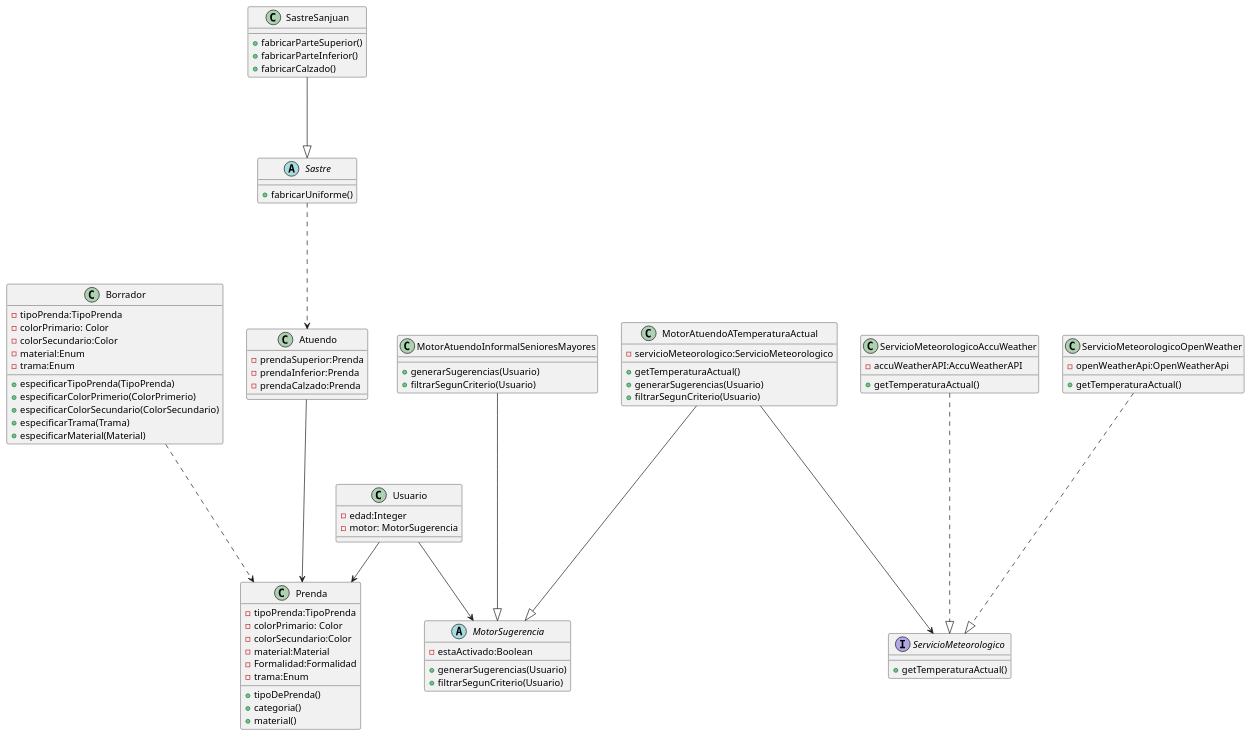
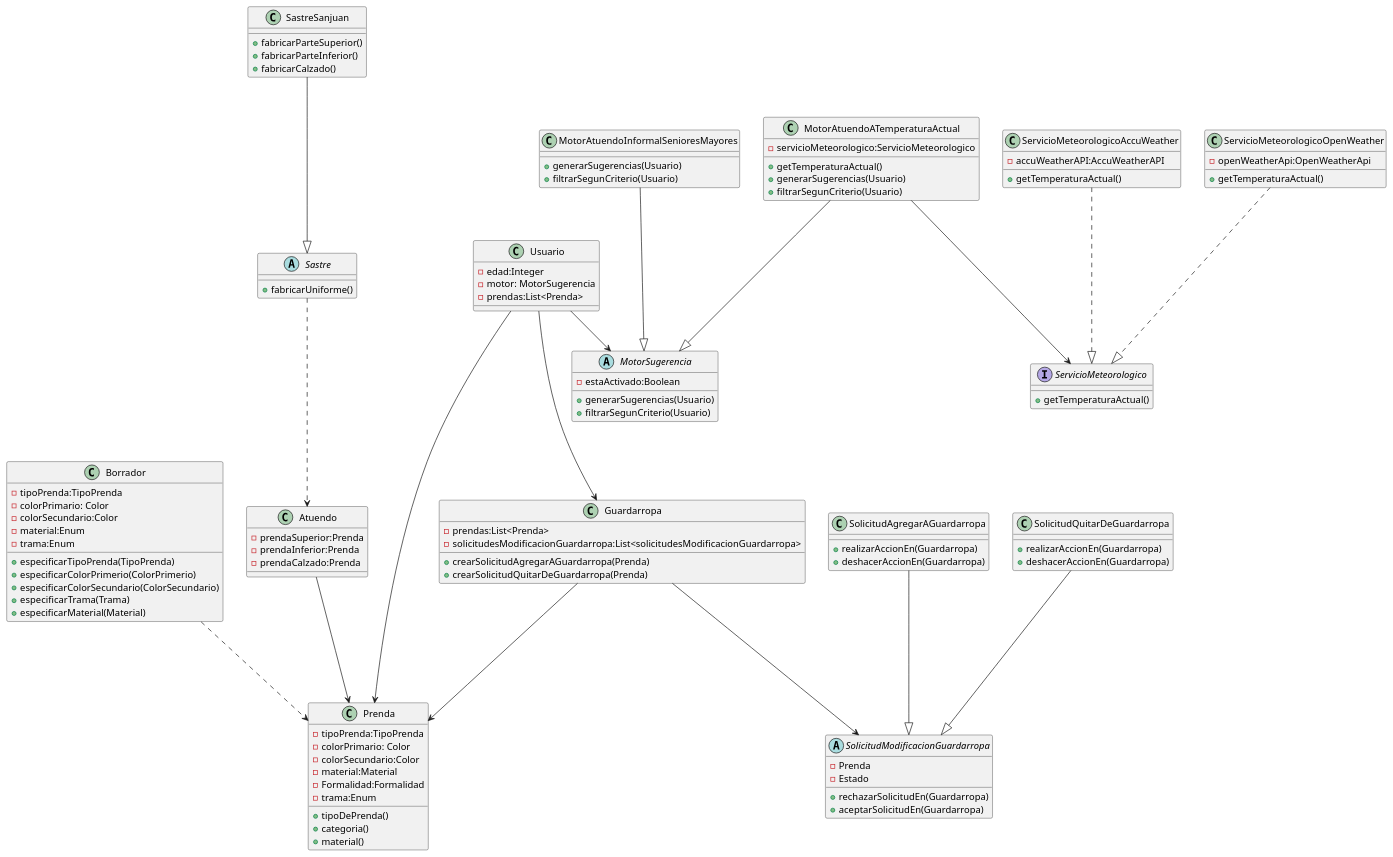
The diagram in src/main/java/ar/edu/utn/frba/dds/QMP.puml (LeandroFusetti/ejercicioQMP), drawn with PlantUML before and after one commit. The commit also changed 8 other files, not shown here.

```diff
--- a/src/main/java/ar/edu/utn/frba/dds/QMP.puml
+++ b/src/main/java/ar/edu/utn/frba/dds/QMP.puml
@@ -1,96 +1,126 @@
 @startuml
 'https://plantuml.com/sequence-diagram
 
 class Prenda{
     -tipoPrenda:TipoPrenda
     -colorPrimario: Color
     -colorSecundario:Color
     -material:Material
     -Formalidad:Formalidad
     -trama:Enum
     +tipoDePrenda()
     +categoria()
     +material()
 }
 
 class Borrador{
     -tipoPrenda:TipoPrenda
     -colorPrimario: Color
     -colorSecundario:Color
     -material:Enum
     -trama:Enum
     +especificarTipoPrenda(TipoPrenda)
     +especificarColorPrimerio(ColorPrimerio)
     +especificarColorSecundario(ColorSecundario)
     +especificarTrama(Trama)
     +especificarMaterial(Material)
 }
 
 abstract class Sastre{
 +fabricarUniforme()
 
 }
 
 class SastreSanjuan{
 +fabricarParteSuperior()
 +fabricarParteInferior()
 +fabricarCalzado()
 }
 
 class Atuendo{
 -prendaSuperior:Prenda
 -prendaInferior:Prenda
 -prendaCalzado:Prenda
 }
 
 class Usuario{
 -edad:Integer
 -motor: MotorSugerencia
+-prendas:List<Prenda>
 }
 
 abstract class MotorSugerencia{
 -estaActivado:Boolean
 +generarSugerencias(Usuario)
 +filtrarSegunCriterio(Usuario)
 }
 
 class MotorAtuendoInformalSenioresMayores{
 +generarSugerencias(Usuario)
 +filtrarSegunCriterio(Usuario)
 }
 
 class MotorAtuendoATemperaturaActual{
 -servicioMeteorologico:ServicioMeteorologico
 +getTemperaturaActual()
 +generarSugerencias(Usuario)
 +filtrarSegunCriterio(Usuario)
 }
 
 interface ServicioMeteorologico{
 +getTemperaturaActual()
 }
 
 class ServicioMeteorologicoAccuWeather{
 -accuWeatherAPI:AccuWeatherAPI
 +getTemperaturaActual()
 }
 
 class ServicioMeteorologicoOpenWeather{
 -openWeatherApi:OpenWeatherApi
 +getTemperaturaActual()
 }
 
+class Guardarropa{
+-prendas:List<Prenda>
+-solicitudesModificacionGuardarropa:List<solicitudesModificacionGuardarropa>
++crearSolicitudAgregarAGuardarropa(Prenda)
++crearSolicitudQuitarDeGuardarropa(Prenda)
 
+}
+
+abstract class SolicitudModificacionGuardarropa{
+-Prenda
+-Estado
++rechazarSolicitudEn(Guardarropa)
++aceptarSolicitudEn(Guardarropa)
+}
+
+class SolicitudAgregarAGuardarropa{
++realizarAccionEn(Guardarropa)
++deshacerAccionEn(Guardarropa)
+}
+
+class SolicitudQuitarDeGuardarropa{
++realizarAccionEn(Guardarropa)
++deshacerAccionEn(Guardarropa)
+}
+
+SolicitudAgregarAGuardarropa ---|>SolicitudModificacionGuardarropa
+SolicitudQuitarDeGuardarropa ---|>SolicitudModificacionGuardarropa
+Guardarropa ---> SolicitudModificacionGuardarropa
+Usuario --->Guardarropa
+Guardarropa--->Prenda
 Borrador ...>Prenda
 SastreSanjuan ---|>Sastre
 Sastre ...>Atuendo
 Atuendo --->Prenda
 Usuario -->MotorSugerencia
 Usuario -->Prenda
 MotorAtuendoInformalSenioresMayores ---|>MotorSugerencia
 MotorAtuendoATemperaturaActual ---|>MotorSugerencia
 MotorAtuendoATemperaturaActual --->ServicioMeteorologico
 ServicioMeteorologicoAccuWeather...|>ServicioMeteorologico
 ServicioMeteorologicoOpenWeather...|>ServicioMeteorologico
 
 @enduml
```
